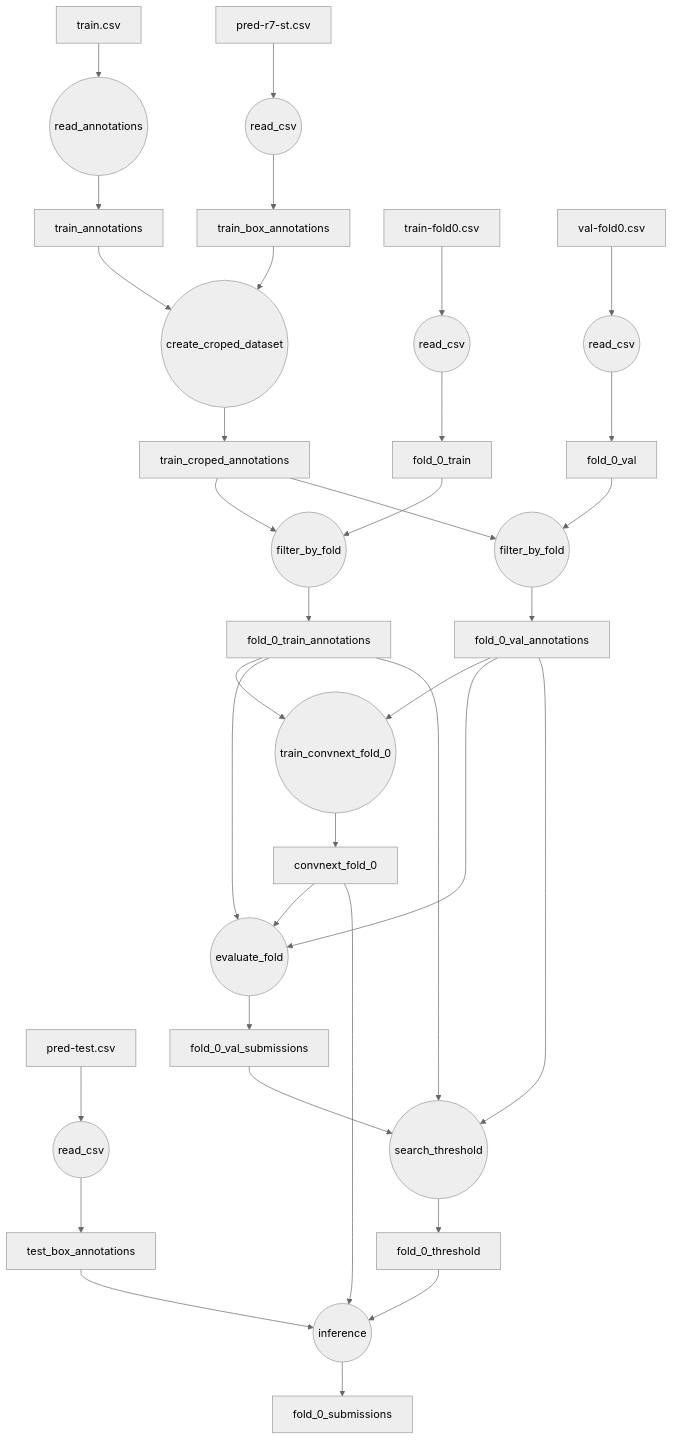
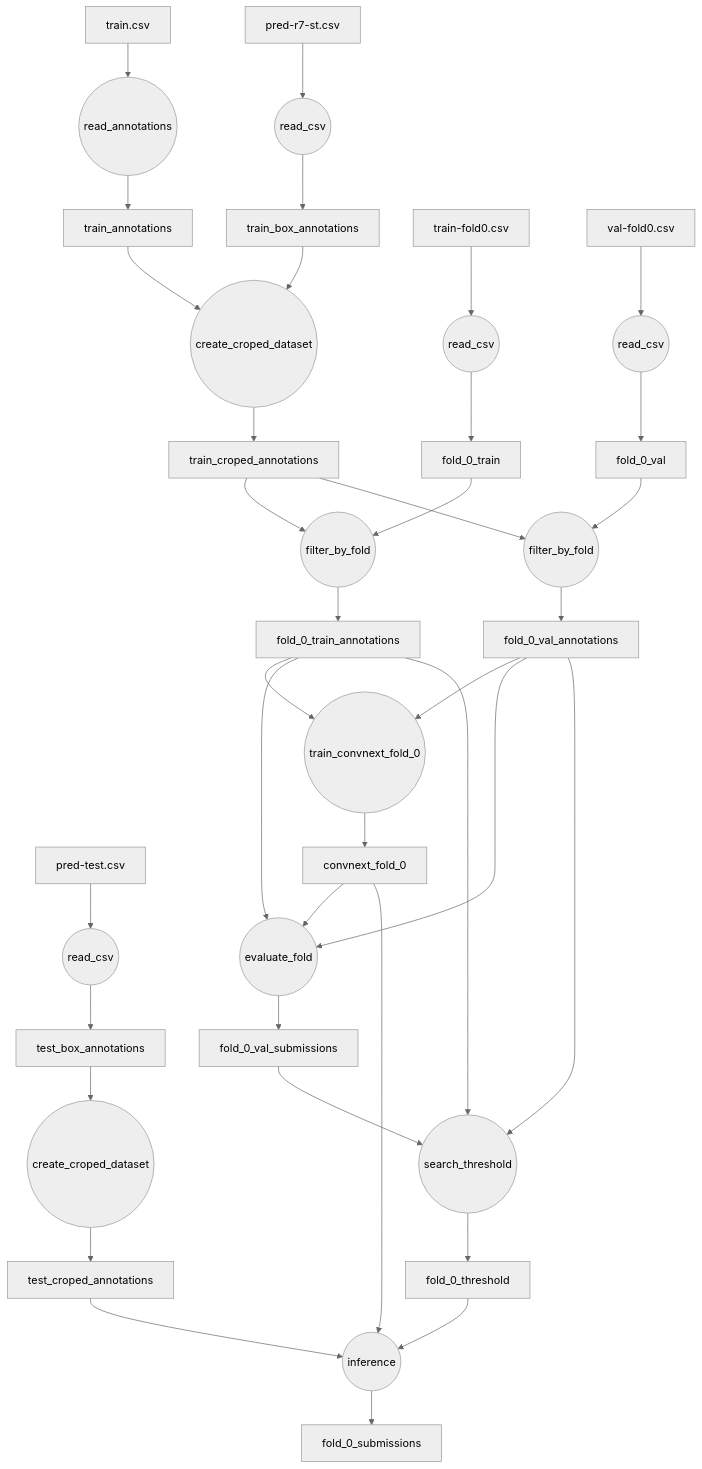
Before and after one commit to h4nyu/vision-tools: the diagram in hwad_bench/README.md, drawn with Mermaid (neutral theme).

````diff
--- a/hwad_bench/README.md
+++ b/hwad_bench/README.md
@@ -1,29 +1,30 @@
 ```mermaid
 flowchart TB
 train.csv --> read_annotations((read_annotations))
 read_annotations --> train_annotations
 pred-r7-st.csv --> read_csv((read_csv)) --> train_box_annotations
 train_annotations --> create_croped_dataset0((create_croped_dataset)) --> train_croped_annotations
 train_box_annotations --> create_croped_dataset0
 train-fold0.csv --> read_csv0((read_csv)) --> fold_0_train
 val-fold0.csv --> read_csv1((read_csv)) --> fold_0_val
 train_croped_annotations --> filter_by_fold0((filter_by_fold)) --> fold_0_train_annotations
 fold_0_train --> filter_by_fold0
 train_croped_annotations --> filter_by_fold1((filter_by_fold)) --> fold_0_val_annotations
 fold_0_val --> filter_by_fold1
 
 fold_0_train_annotations --> train0((train_convnext_fold_0))
 fold_0_val_annotations --> train0
 pred-test.csv --> read_csv2((read_csv)) --> test_box_annotations
 train0((train_convnext_fold_0)) --> convnext_fold_0
 convnext_fold_0 --> evaluate_fold0((evaluate_fold)) 
 fold_0_train_annotations --> evaluate_fold0((evaluate_fold)) --> fold_0_val_submissions
 fold_0_val_annotations --> evaluate_fold0
 fold_0_val_submissions --> search_threshold((search_threshold)) --> fold_0_threshold
 fold_0_val_annotations --> search_threshold
 fold_0_train_annotations --> search_threshold
 
+test_box_annotations --> create_croped_dataset1((create_croped_dataset)) --> test_croped_annotations
 fold_0_threshold --> inference0((inference)) --> fold_0_submissions
 convnext_fold_0 --> inference0
-test_box_annotations --> inference0
+test_croped_annotations --> inference0
 ```
````
